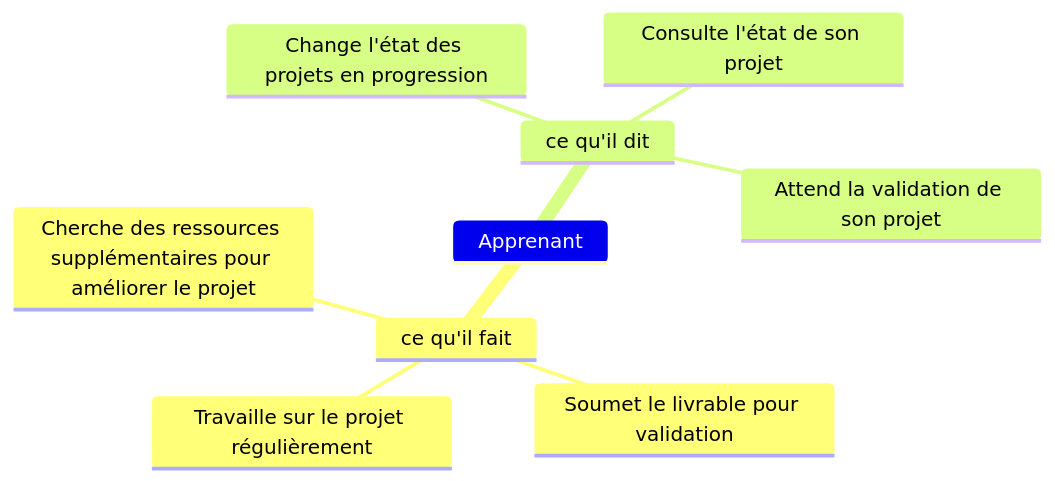
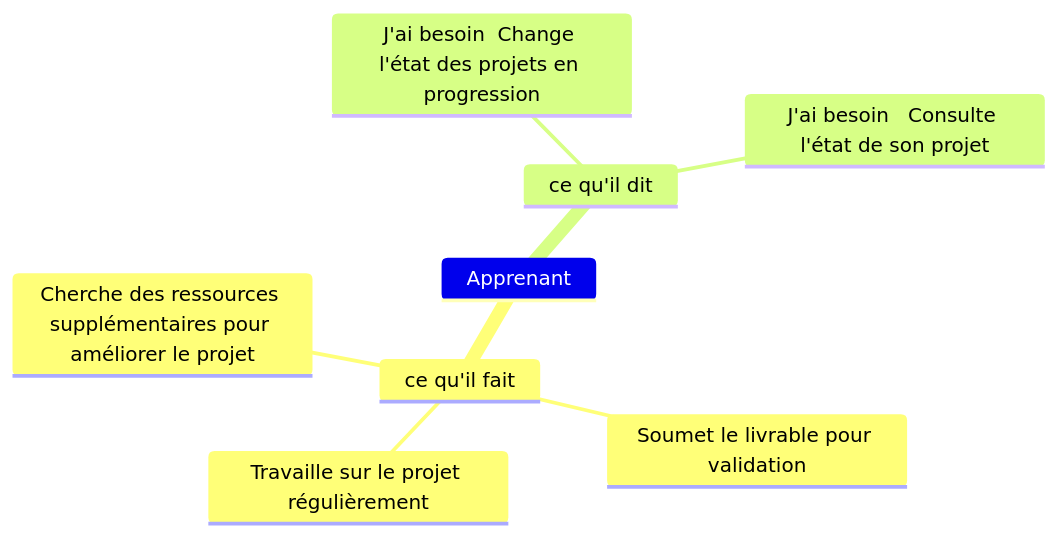
The diagram in docs/Besoin/pkg_realisation_projets/carte-empathie-Apprenant.mmd (solicoders/soli-lms), drawn with Mermaid before and after one commit. The commit also changed 6 other files, not shown here.

```diff
--- a/docs/Besoin/pkg_realisation_projets/carte-empathie-Apprenant.mmd
+++ b/docs/Besoin/pkg_realisation_projets/carte-empathie-Apprenant.mmd
@@ -1,18 +1,16 @@
 %% @config(../../../modélisation/mindmap-config.json)
 mindmap
 Apprenant
 
        ce qu'il fait
         Travaille sur le projet régulièrement
 
         Soumet le livrable pour validation
 
         Cherche des ressources supplémentaires pour améliorer le projet
 
       ce qu'il dit
 
-       Change l'état des projets en progression
+       J'ai besoin  Change l'état des projets en progression
 
-       Consulte l'état de son projet
-
-       Attend la validation de son projet
+       J'ai besoin   Consulte l'état de son projet
```
